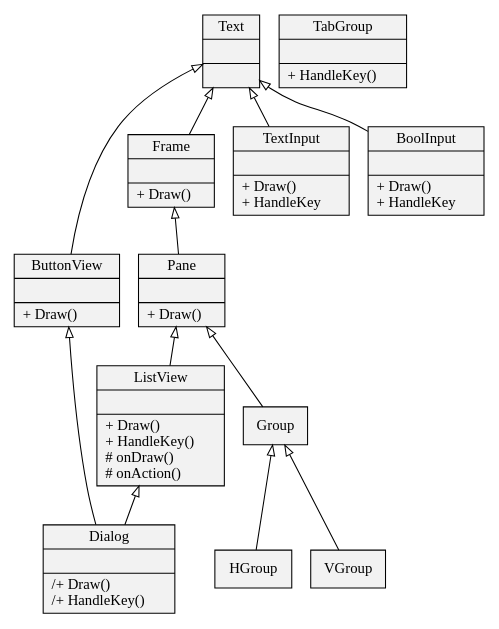
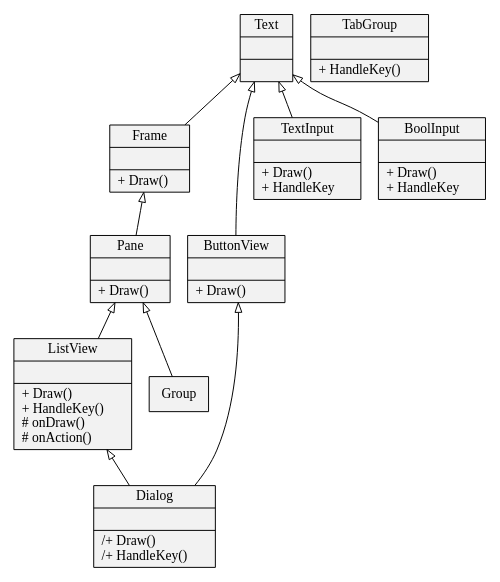
One commit to rstemmer/musicdb changed the diagram in docs/source/lib/clui.rst. Above: the diagram before and after it, drawn with Graphviz.

Commit message:
Fixes the class diagram - Pane Groups removed

```diff
--- a/docs/source/lib/clui.rst
+++ b/docs/source/lib/clui.rst
@@ -15,36 +15,33 @@
    .. graphviz::
 
       digraph hierarchy {
          size="5,8"
          node[shape=record,style=filled,fillcolor=gray95]
          edge[dir=back, arrowtail=empty]
 
          Text        [label = "{Text||}"]
          Frame       [label = "{Frame||+ Draw()\l}"]
          Pane        [label = "{Pane||+ Draw()\l}"]
          ButtonView  [label = "{ButtonView||+ Draw()\l}"]
          ListView    [label = "{ListView||+ Draw()\l+ HandleKey()\l# onDraw()\l# onAction()\l}"]
          Dialog      [label = "{Dialog||/+ Draw()\l/+ HandleKey()\l}"]
          TabGroup    [label = "{TabGroup||+ HandleKey()\l}"]
          TextInput   [label = "{TextInput||+ Draw()\l+ HandleKey\l}"]
          BoolInput   [label = "{BoolInput||+ Draw()\l+ HandleKey\l}"]
 
          Text        -> Frame
          Text        -> TextInput
          Text        -> BoolInput
          Text        -> ButtonView
 
          Frame       -> Pane
          
          Pane        -> ListView
          Pane        -> Group
 
          ListView    -> Dialog
          ButtonView  -> Dialog
 
-         Group       -> HGroup
-         Group       -> VGroup
-
          TabGroup
 
       }
```
